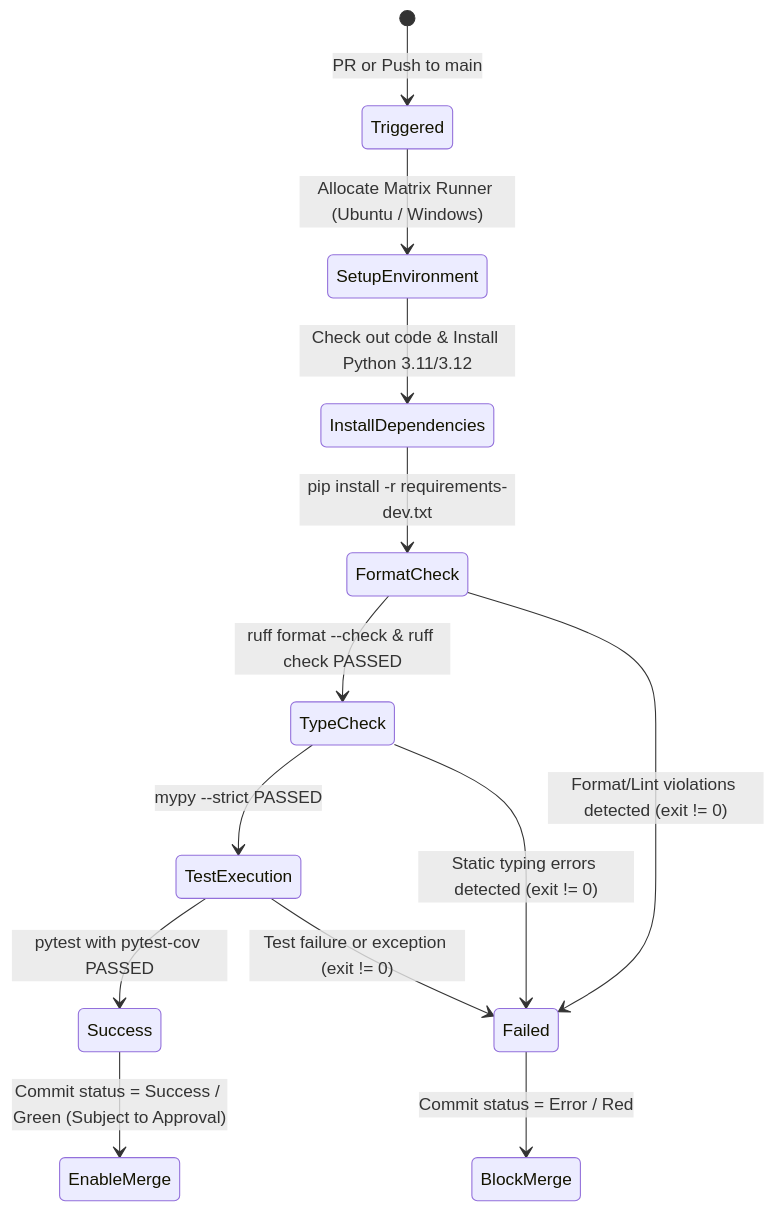
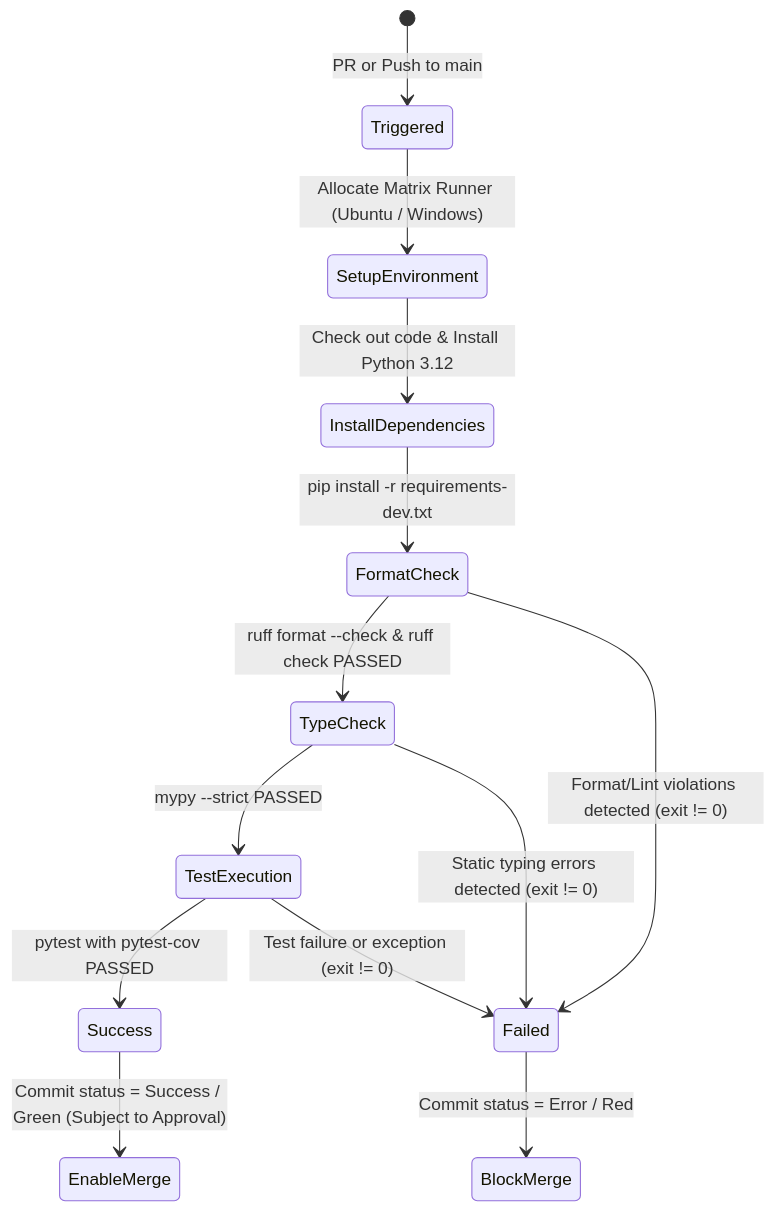
The second of 2 diagrams in specs/002-ci-testing-formatting/data-model.md (Theboul/harness-agent), drawn with Mermaid before and after one commit. The commit also changed other lines of this file and 17 other files, not shown here.

````diff
--- a/specs/002-ci-testing-formatting/data-model.md
+++ b/specs/002-ci-testing-formatting/data-model.md
@@ -68,19 +70,19 @@
 ```mermaid
 stateDiagram-v2
     [*] --> Triggered: PR or Push to main
     Triggered --> SetupEnvironment: Allocate Matrix Runner (Ubuntu / Windows)
-    SetupEnvironment --> InstallDependencies: Check out code & Install Python 3.11/3.12
+    SetupEnvironment --> InstallDependencies: Check out code & Install Python 3.12
     InstallDependencies --> FormatCheck: pip install -r requirements-dev.txt
     
     FormatCheck --> TypeCheck: ruff format --check & ruff check PASSED
     FormatCheck --> Failed: Format/Lint violations detected (exit != 0)
     
     TypeCheck --> TestExecution: mypy --strict PASSED
     TypeCheck --> Failed: Static typing errors detected (exit != 0)
     
     TestExecution --> Success: pytest with pytest-cov PASSED
     TestExecution --> Failed: Test failure or exception (exit != 0)
     
     Failed --> BlockMerge: Commit status = Error / Red
     Success --> EnableMerge: Commit status = Success / Green (Subject to Approval)
 ```
````
